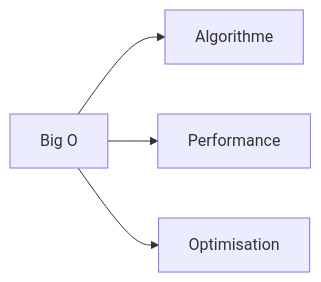
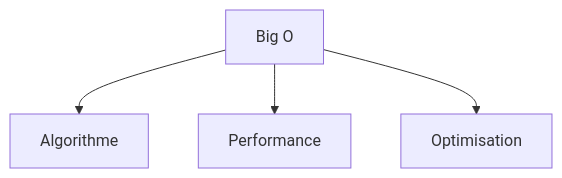
One commit to zyrass/omnydocs changed the fourth of 38 diagrams in docs/glossaire/bases-fondamentales.md. Above: the diagram before and after it, drawn with Mermaid. The commit also changed other lines of this file and 1780 other files, not shown here.

````diff
--- a/docs/glossaire/bases-fondamentales.md
+++ b/docs/glossaire/bases-fondamentales.md
@@ -83,6 +101,6 @@
-    ```mermaid
-    graph LR
-        A[Big O] --> B[Algorithme]
-        A --> C[Performance]
-        A --> D[Optimisation]
-    ```
+```mermaid
+graph TB
+    A[Big O] --> B[Algorithme]
+    A --> C[Performance]
+    A --> D[Optimisation]
+```
````
